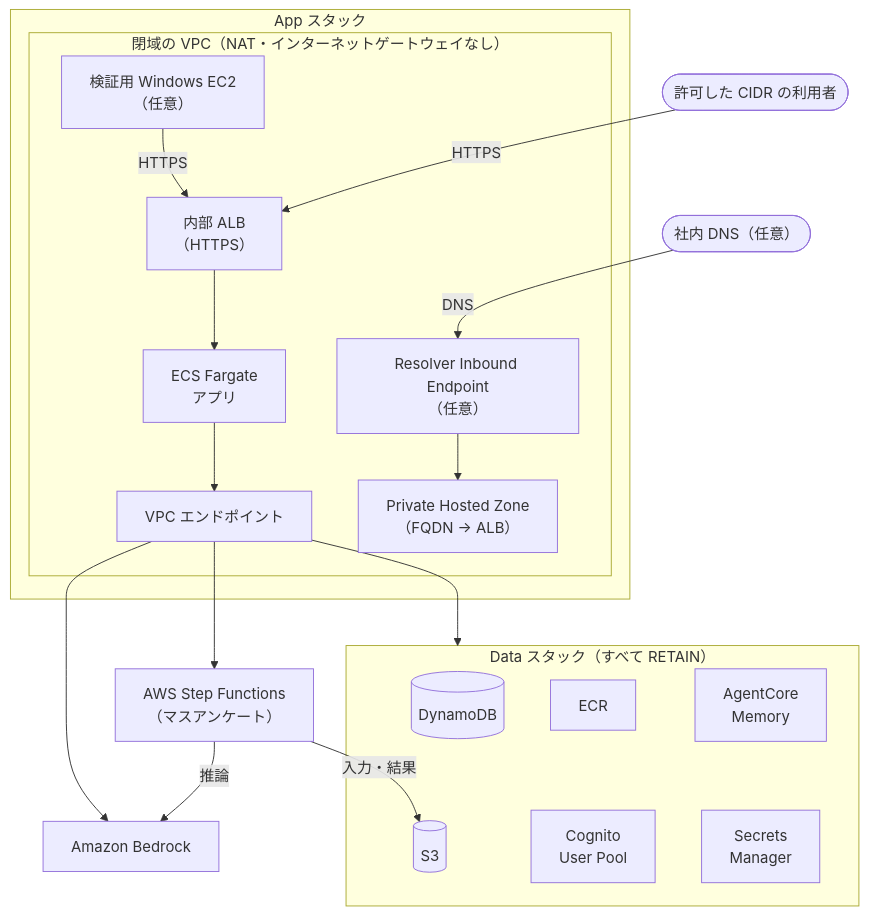
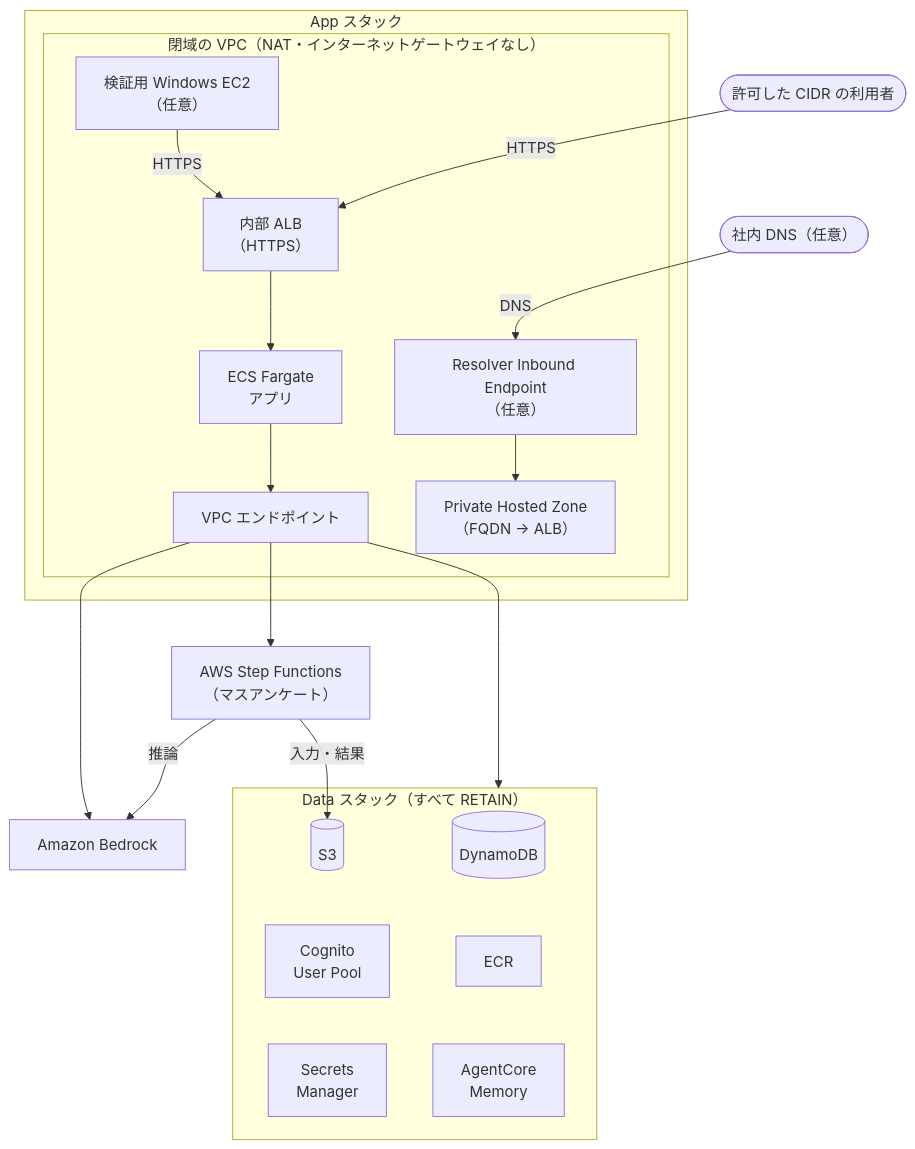
One commit to aws-samples/sample-ai-persona changed the diagram in docs/closed_network.md. Above: the diagram before and after it, drawn with Mermaid. The commit also changed other lines of this file and 3 other files, not shown here.

First line of the commit message:
doc: 構成図とスタックの表にマスアンケートの Step Functions を足し、データセットの件数の下限を 10 件に直す

````diff
--- a/docs/closed_network.md
+++ b/docs/closed_network.md
@@ -7,32 +7,31 @@
 ```mermaid
 flowchart TB
     Client([許可した CIDR の利用者])
     DNS([社内 DNS（任意）])
 
     subgraph App["App スタック"]
         subgraph VPC["閉域の VPC（NAT・インターネットゲートウェイなし）"]
             EC2["検証用 Windows EC2<br/>（任意）"]
             R["Resolver Inbound Endpoint<br/>（任意）"] --> PHZ["Private Hosted Zone<br/>（FQDN → ALB）"]
             ALB["内部 ALB<br/>（HTTPS）"] --> ECS[ECS Fargate<br/>アプリ]
             ECS --> EP[VPC エンドポイント]
         end
     end
 
     subgraph Data["Data スタック（すべて RETAIN）"]
-        DynamoDB[(DynamoDB)] ~~~ S3[(S3)]
-        ECR[ECR] ~~~ Cognito[Cognito<br/>User Pool]
-        Memory[AgentCore<br/>Memory] ~~~ Secrets[Secrets<br/>Manager]
+        DynamoDB[(DynamoDB)] ~~~ ECR[ECR] ~~~ Memory[AgentCore<br/>Memory]
+        S3[(S3)] ~~~ Cognito[Cognito<br/>User Pool] ~~~ Secrets[Secrets<br/>Manager]
     end
 
     Bedrock[Amazon Bedrock]
     SFN["AWS Step Functions<br/>（マスアンケート）"]
 
     Client -->|HTTPS| ALB
     EC2 -->|HTTPS| ALB
     DNS -->|DNS| R
     EP --> Data
     EP --> Bedrock
     EP --> SFN
     SFN -->|推論| Bedrock
     SFN -->|入力・結果| S3
 ```
````
